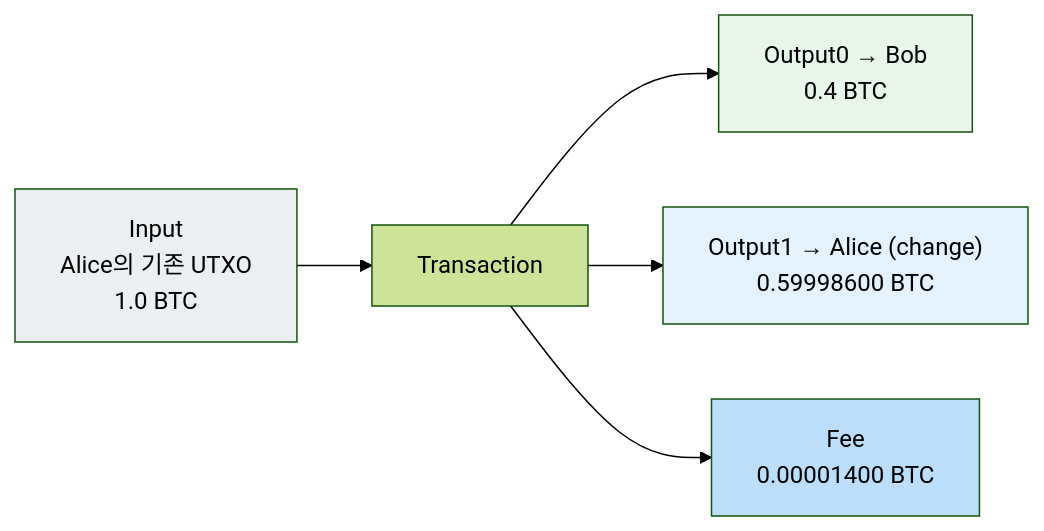
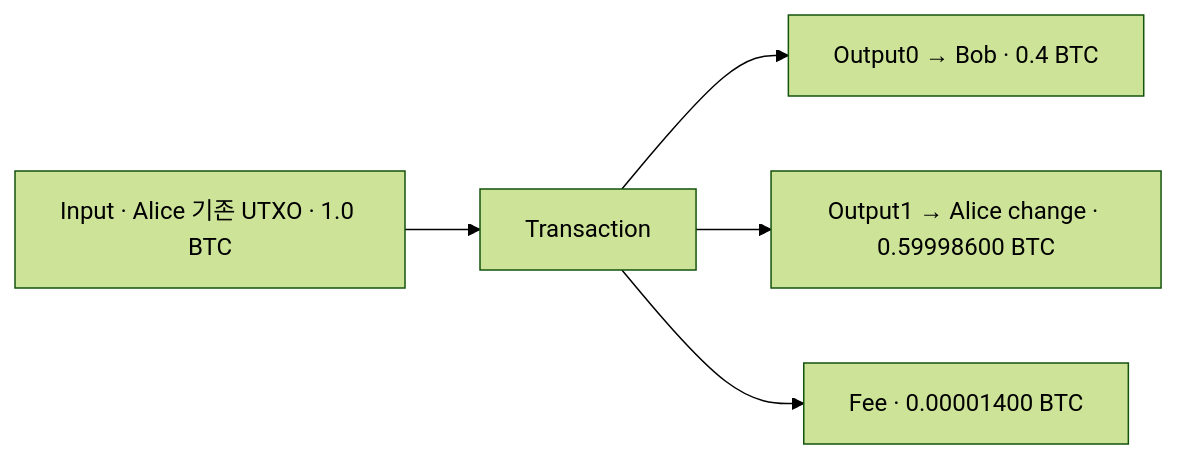
Before and after one commit to KMUTMU/information-security: the second of 5 diagrams in 08_블록체인_Shamir_정리.md, drawn with Mermaid (forest theme). The commit also changed other lines of this file and 5 other files, not shown here.

Commit message:
Mermaid 다이어그램 가독성 개선: 짧은 라벨·이모지 제거·색상 최소화

````diff
--- a/08_블록체인_Shamir_정리.md
+++ b/08_블록체인_Shamir_정리.md
@@ -59,11 +55,7 @@
 ```mermaid
 flowchart LR
-    IN["Input<br/>Alice의 기존 UTXO<br/>1.0 BTC"] --> TX["Transaction"]
-    TX --> O0["Output0 → Bob<br/>0.4 BTC"]
-    TX --> O1["Output1 → Alice (change)<br/>0.59998600 BTC"]
-    TX --> FEE["Fee<br/>0.00001400 BTC"]
-    style IN fill:#eceff1
-    style O0 fill:#e8f5e9
-    style O1 fill:#e3f2fd
-    style FEE fill:#bbdefb
+    IN["Input · Alice 기존 UTXO · 1.0 BTC"] --> TX["Transaction"]
+    TX --> O0["Output0 → Bob · 0.4 BTC"]
+    TX --> O1["Output1 → Alice change · 0.59998600 BTC"]
+    TX --> FEE["Fee · 0.00001400 BTC"]
 ```
````
